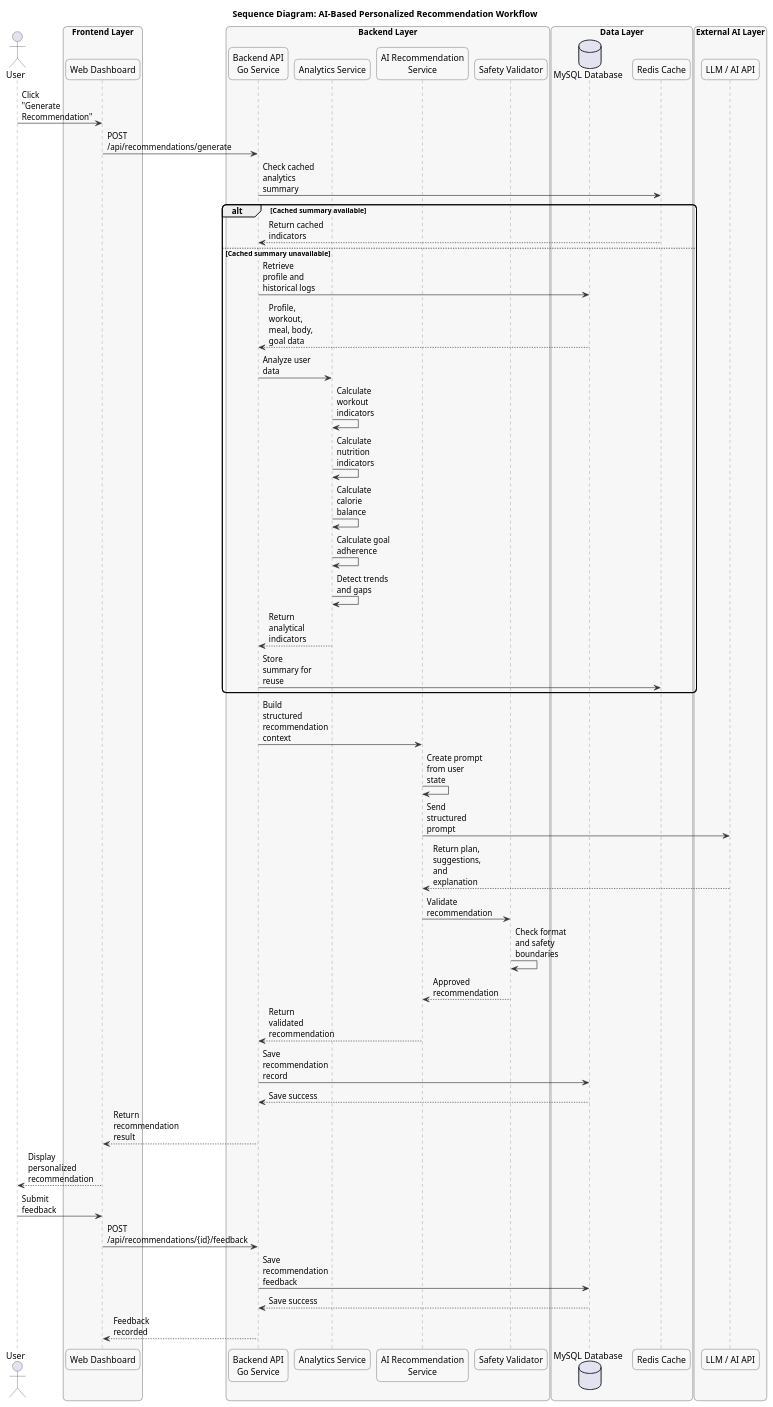
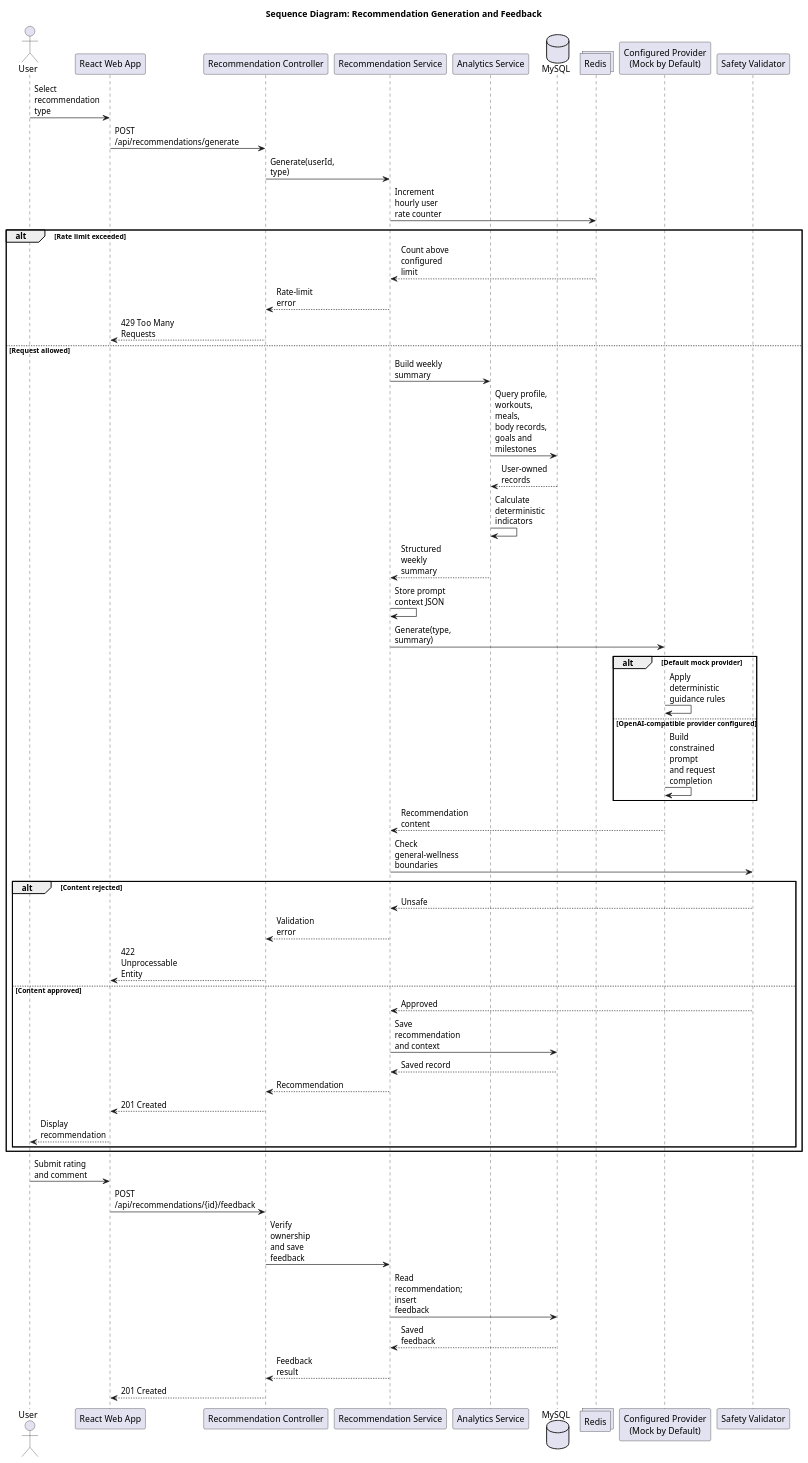
The diagram in docs/UML/05_ai_recommendation_sequence.puml (liyida233/AI-Nurtriion), drawn with PlantUML before and after one commit. The commit also changed 192 other files, not shown here.

```diff
--- a/docs/UML/05_ai_recommendation_sequence.puml
+++ b/docs/UML/05_ai_recommendation_sequence.puml
@@ -1,83 +1,66 @@
 @startuml
-title Sequence Diagram: AI-Based Personalized Recommendation Workflow
+title Sequence Diagram: Recommendation Generation and Feedback
 
 skinparam backgroundColor white
-skinparam sequence {
-    ArrowColor #333333
-    ActorBorderColor #333333
-    LifeLineBorderColor #777777
-    LifeLineBackgroundColor #FFFFFF
-    ParticipantBorderColor #333333
-    ParticipantBackgroundColor #F8F8F8
-}
 skinparam shadowing false
-skinparam roundcorner 12
 skinparam maxMessageSize 90
 
 actor User
+participant "React Web App" as Frontend
+participant "Recommendation Controller" as Controller
+participant "Recommendation Service" as Service
+participant "Analytics Service" as Analytics
+database "MySQL" as DB
+collections "Redis" as Redis
+participant "Configured Provider\n(Mock by Default)" as Provider
+participant "Safety Validator" as Safety
 
-box "Frontend Layer" #F7F7F7
-participant "Web Dashboard" as Frontend
-end box
+User -> Frontend: Select recommendation type
+Frontend -> Controller: POST /api/recommendations/generate
+Controller -> Service: Generate(userId, type)
+Service -> Redis: Increment hourly user rate counter
 
-box "Backend Layer" #F7F7F7
-participant "Backend API\nGo Service" as Backend
-participant "Analytics Service" as Analytics
-participant "AI Recommendation\nService" as AIService
-participant "Safety Validator" as Validator
-end box
+alt Rate limit exceeded
+  Redis --> Service: Count above configured limit
+  Service --> Controller: Rate-limit error
+  Controller --> Frontend: 429 Too Many Requests
+else Request allowed
+  Service -> Analytics: Build weekly summary
+  Analytics -> DB: Query profile, workouts, meals,\nbody records, goals and milestones
+  DB --> Analytics: User-owned records
+  Analytics -> Analytics: Calculate deterministic indicators
+  Analytics --> Service: Structured weekly summary
+  Service -> Service: Store prompt context JSON
+  Service -> Provider: Generate(type, summary)
 
-box "Data Layer" #F7F7F7
-database "MySQL Database" as DB
-participant "Redis Cache" as Redis
-end box
+  alt Default mock provider
+    Provider -> Provider: Apply deterministic guidance rules
+  else OpenAI-compatible provider configured
+    Provider -> Provider: Build constrained prompt\nand request completion
+  end
 
-box "External AI Layer" #F7F7F7
-participant "LLM / AI API" as LLM
-end box
+  Provider --> Service: Recommendation content
+  Service -> Safety: Check general-wellness boundaries
 
-User -> Frontend: Click "Generate Recommendation"
-Frontend -> Backend: POST /api/recommendations/generate
-
-Backend -> Redis: Check cached analytics summary
-
-alt Cached summary available
-    Redis --> Backend: Return cached indicators
-else Cached summary unavailable
-    Backend -> DB: Retrieve profile and historical logs
-    DB --> Backend: Profile, workout, meal, body, goal data
-
-    Backend -> Analytics: Analyze user data
-    Analytics -> Analytics: Calculate workout indicators
-    Analytics -> Analytics: Calculate nutrition indicators
-    Analytics -> Analytics: Calculate calorie balance
-    Analytics -> Analytics: Calculate goal adherence
-    Analytics -> Analytics: Detect trends and gaps
-    Analytics --> Backend: Return analytical indicators
-
-    Backend -> Redis: Store summary for reuse
+  alt Content rejected
+    Safety --> Service: Unsafe
+    Service --> Controller: Validation error
+    Controller --> Frontend: 422 Unprocessable Entity
+  else Content approved
+    Safety --> Service: Approved
+    Service -> DB: Save recommendation and context
+    DB --> Service: Saved record
+    Service --> Controller: Recommendation
+    Controller --> Frontend: 201 Created
+    Frontend --> User: Display recommendation
+  end
 end
 
-Backend -> AIService: Build structured recommendation context
-AIService -> AIService: Create prompt from user state
-AIService -> LLM: Send structured prompt
-LLM --> AIService: Return plan, suggestions,\nand explanation
-
-AIService -> Validator: Validate recommendation
-Validator -> Validator: Check format and safety boundaries
-Validator --> AIService: Approved recommendation
-
-AIService --> Backend: Return validated recommendation
-Backend -> DB: Save recommendation record
-DB --> Backend: Save success
-
-Backend --> Frontend: Return recommendation result
-Frontend --> User: Display personalized recommendation
-
-User -> Frontend: Submit feedback
-Frontend -> Backend: POST /api/recommendations/{id}/feedback
-Backend -> DB: Save recommendation feedback
-DB --> Backend: Save success
-Backend --> Frontend: Feedback recorded
-
+User -> Frontend: Submit rating and comment
+Frontend -> Controller: POST /api/recommendations/{id}/feedback
+Controller -> Service: Verify ownership and save feedback
+Service -> DB: Read recommendation; insert feedback
+DB --> Service: Saved feedback
+Service --> Controller: Feedback result
+Controller --> Frontend: 201 Created
 @enduml
```
